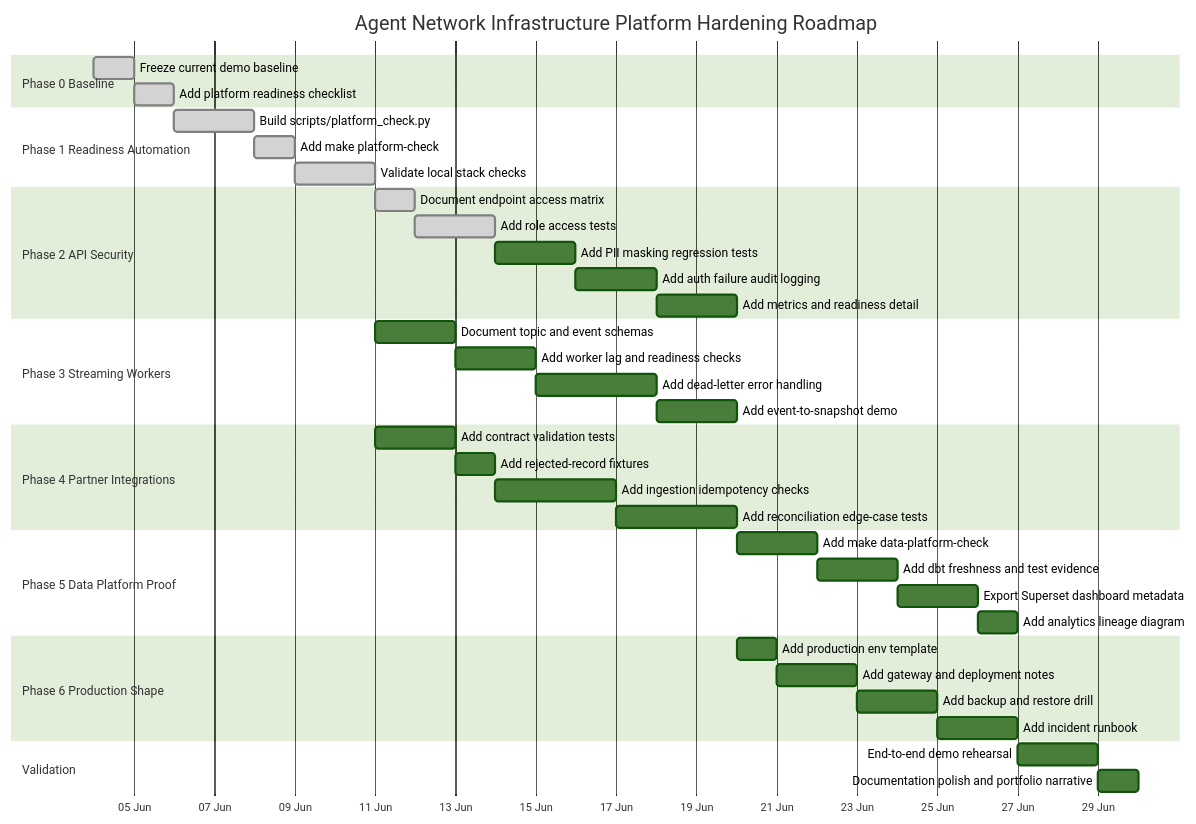
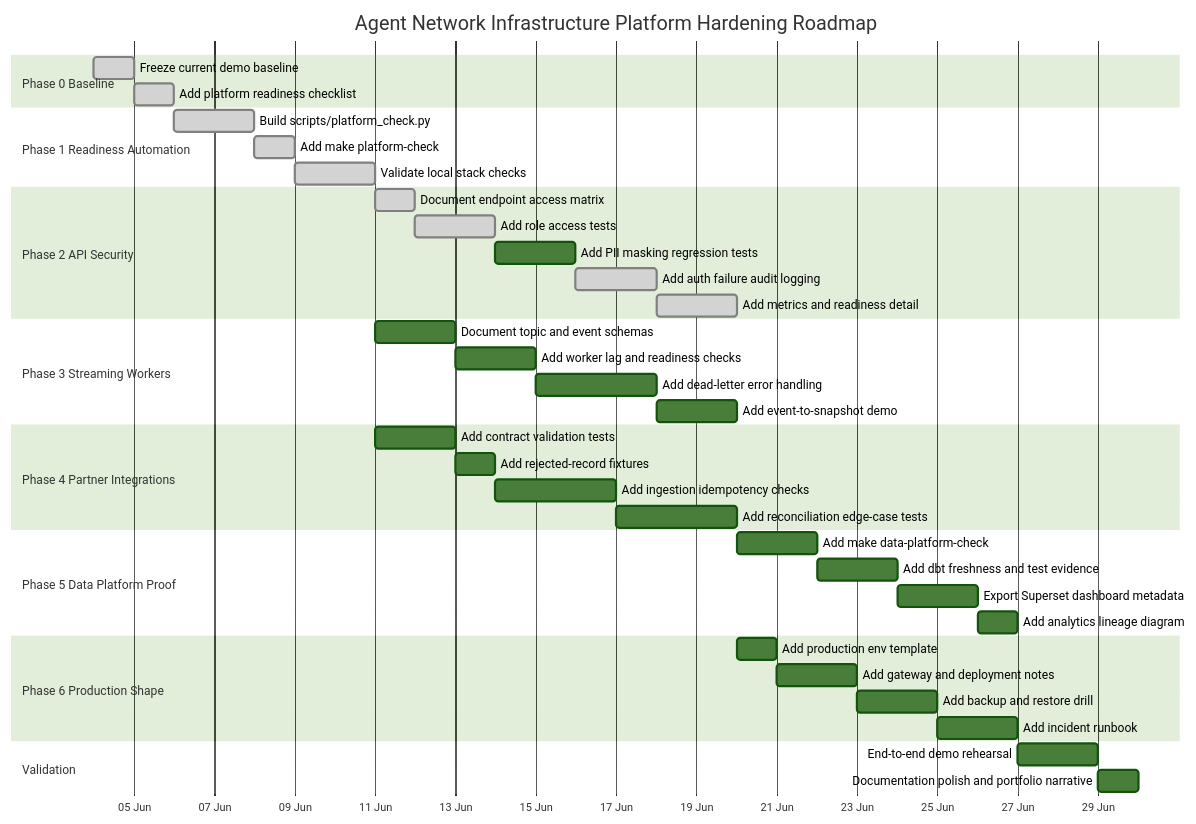
One commit to waigisteve/agent-network-infra-sim changed the first of 2 diagrams in docs/platform-implementation-gantt.md. Above: the diagram before and after it, drawn with Mermaid (forest theme). The commit also changed other lines of this file and 14 other files, not shown here.

Commit message:
Add security audit logging and readiness detail

````diff
--- a/docs/platform-implementation-gantt.md
+++ b/docs/platform-implementation-gantt.md
@@ -54,50 +54,50 @@
 ```mermaid
 gantt
     title Agent Network Infrastructure Platform Hardening Roadmap
     dateFormat  YYYY-MM-DD
     axisFormat  %d %b
 
     section Phase 0 Baseline
     Freeze current demo baseline                    :done, p0a, 2026-06-04, 1d
     Add platform readiness checklist                :done, p0b, after p0a, 1d
 
     section Phase 1 Readiness Automation
     Build scripts/platform_check.py                 :done, p1a, after p0b, 2d
     Add make platform-check                         :done, p1b, after p1a, 1d
     Validate local stack checks                     :done, p1c, after p1b, 2d
 
     section Phase 2 API Security
     Document endpoint access matrix                 :done, p2a, after p1c, 1d
     Add role access tests                           :done, p2b, after p2a, 2d
     Add PII masking regression tests                :p2c, after p2b, 2d
-    Add auth failure audit logging                  :p2d, after p2c, 2d
-    Add metrics and readiness detail                :p2e, after p2d, 2d
+    Add auth failure audit logging                  :done, p2d, after p2c, 2d
+    Add metrics and readiness detail                :done, p2e, after p2d, 2d
 
     section Phase 3 Streaming Workers
     Document topic and event schemas                :p3a, after p1c, 2d
     Add worker lag and readiness checks             :p3b, after p3a, 2d
     Add dead-letter error handling                  :p3c, after p3b, 3d
     Add event-to-snapshot demo                      :p3d, after p3c, 2d
 
     section Phase 4 Partner Integrations
     Add contract validation tests                   :p4a, after p1c, 2d
     Add rejected-record fixtures                    :p4b, after p4a, 1d
     Add ingestion idempotency checks                :p4c, after p4b, 3d
     Add reconciliation edge-case tests              :p4d, after p4c, 3d
 
     section Phase 5 Data Platform Proof
     Add make data-platform-check                    :p5a, after p4d, 2d
     Add dbt freshness and test evidence             :p5b, after p5a, 2d
     Export Superset dashboard metadata              :p5c, after p5b, 2d
     Add analytics lineage diagram                   :p5d, after p5c, 1d
 
     section Phase 6 Production Shape
     Add production env template                     :p6a, after p2e, 1d
     Add gateway and deployment notes                :p6b, after p6a, 2d
     Add backup and restore drill                    :p6c, after p6b, 2d
     Add incident runbook                            :p6d, after p6c, 2d
 
     section Validation
     End-to-end demo rehearsal                       :v1, after p5d, 2d
     Documentation polish and portfolio narrative    :v2, after v1, 1d
 ```
````
